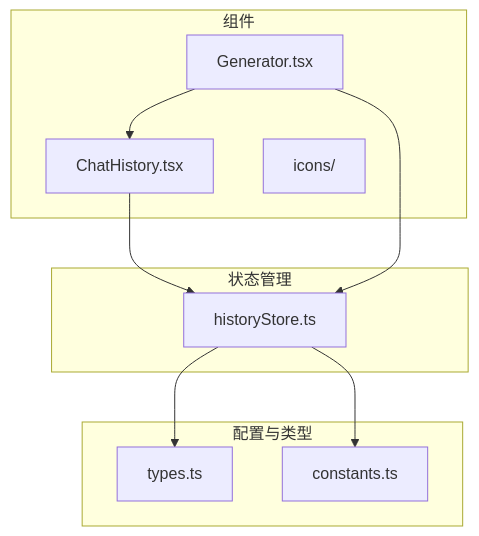
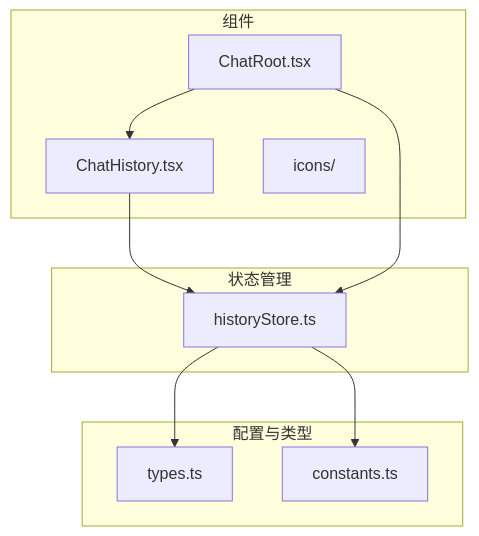
Before and after one commit to zfyime/chat-mini: the first of 9 diagrams in .qoder/repowiki/zh/content/组件架构/ChatHistory组件.md, drawn with Mermaid. The commit also changed other lines of this file and 52 other files, not shown here.

````diff
--- a/.qoder/repowiki/zh/content/组件架构/ChatHistory组件.md
+++ b/.qoder/repowiki/zh/content/组件架构/ChatHistory组件.md
@@ -24,20 +24,20 @@
 ```mermaid
 graph TB
 subgraph "组件"
 ChatHistory[ChatHistory.tsx]
-Generator[Generator.tsx]
+Generator[ChatRoot.tsx]
 Icons[icons/]
 end
 subgraph "状态管理"
 HistoryStore[historyStore.ts]
 end
 subgraph "配置与类型"
 Types[types.ts]
 Constants[constants.ts]
 end
 ChatHistory --> HistoryStore
 Generator --> ChatHistory
 Generator --> HistoryStore
 HistoryStore --> Types
 HistoryStore --> Constants
 ```
````
